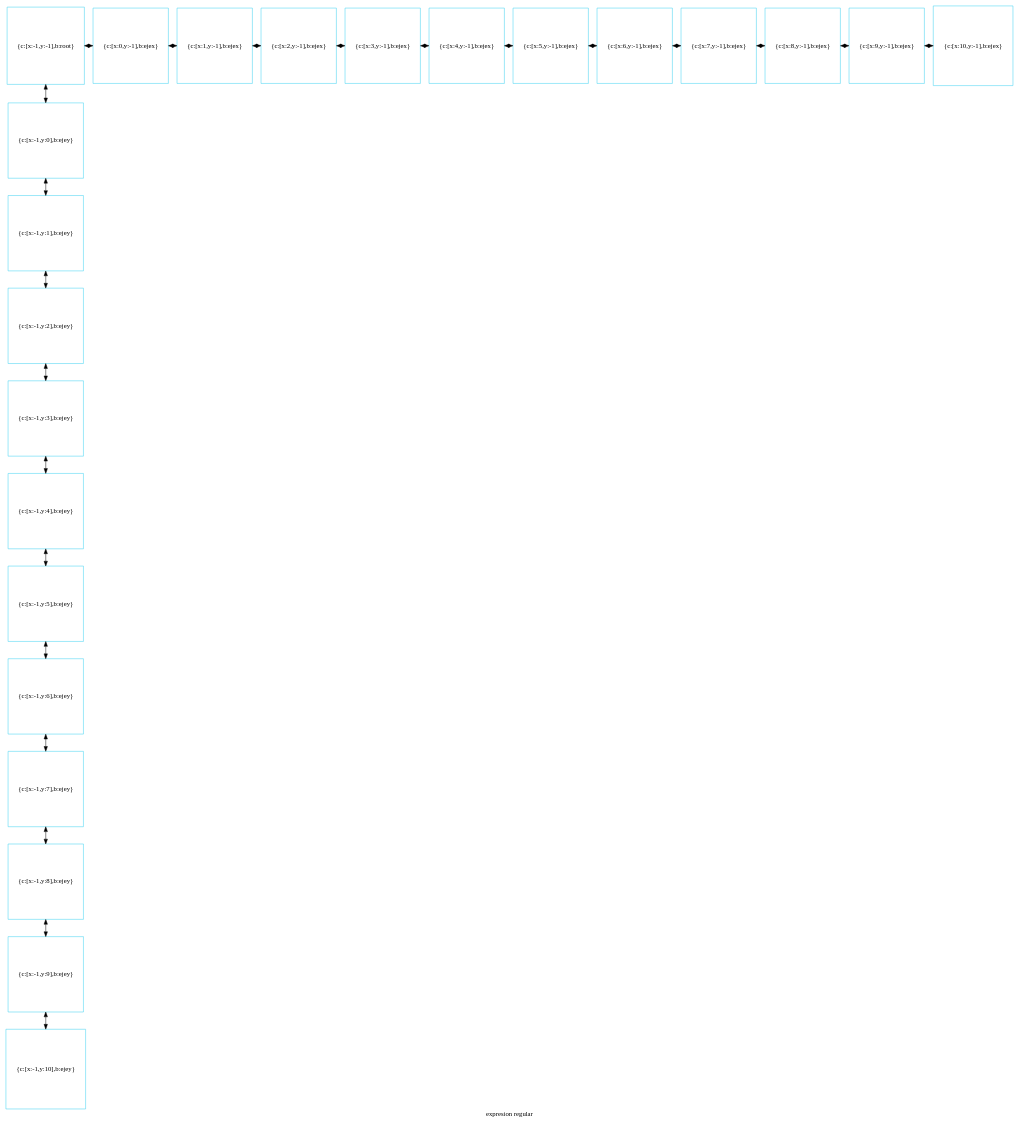
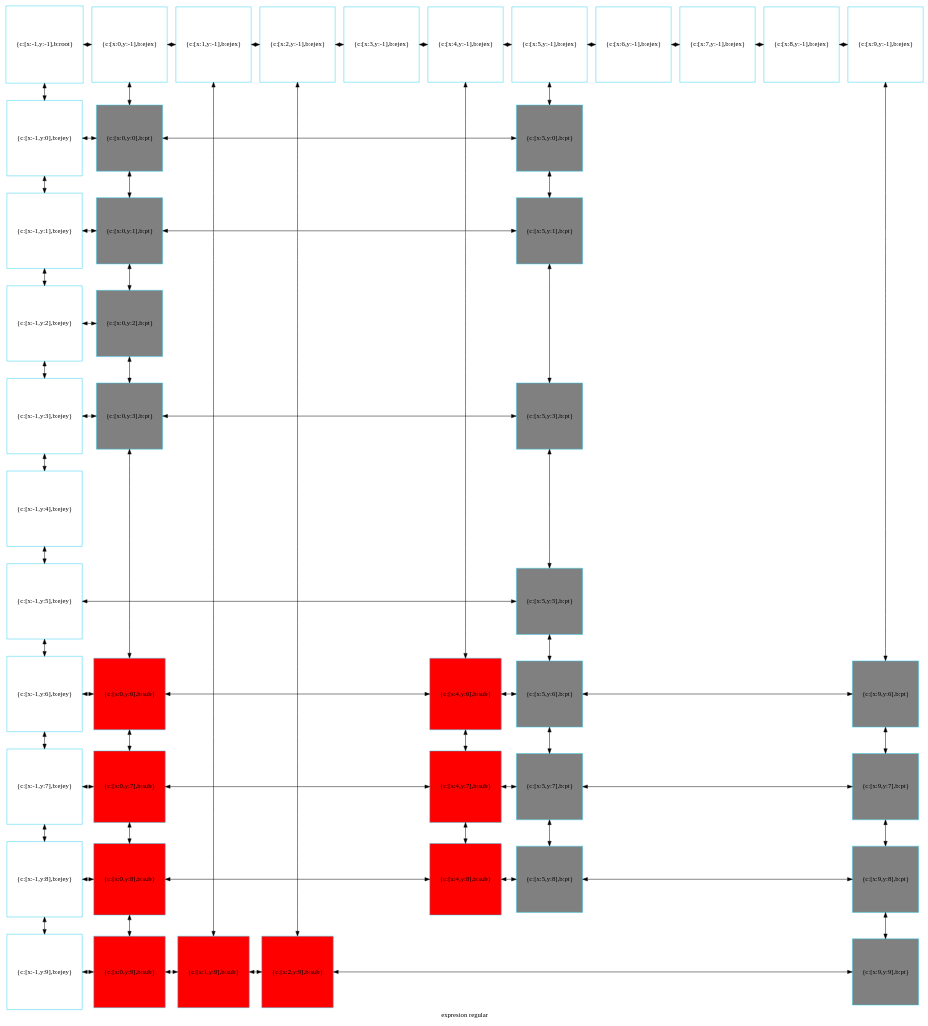
The diagram in mitablero.dot (betebetoven/EDDS2F2), drawn with Graphviz before and after one commit. The commit also changed 11 other files, not shown here.

```diff
--- a/mitablero.dot
+++ b/mitablero.dot
@@ -1,66 +1,133 @@
 digraph G
 {label="expresion regular"
         node[shape = square]
         node[style = filled]
         node[fillcolor = "#EEEEE"]
         node[color = "#EEEEE"]
         node[color = "#31CEF0"]
 
-781211134368[label="{c:[x:-1,y:-1],b:root}",fillcolor = "white"]
-781211134512[label="{c:[x:0,y:-1],b:ejex}",fillcolor = "white"]
-781211134656[label="{c:[x:1,y:-1],b:ejex}",fillcolor = "white"]
-781211134800[label="{c:[x:2,y:-1],b:ejex}",fillcolor = "white"]
-781211134944[label="{c:[x:3,y:-1],b:ejex}",fillcolor = "white"]
-781211135088[label="{c:[x:4,y:-1],b:ejex}",fillcolor = "white"]
-781211135232[label="{c:[x:5,y:-1],b:ejex}",fillcolor = "white"]
-781211135376[label="{c:[x:6,y:-1],b:ejex}",fillcolor = "white"]
-781211135520[label="{c:[x:7,y:-1],b:ejex}",fillcolor = "white"]
-781211135664[label="{c:[x:8,y:-1],b:ejex}",fillcolor = "white"]
-781211135808[label="{c:[x:9,y:-1],b:ejex}",fillcolor = "white"]
-781211135952[label="{c:[x:10,y:-1],b:ejex}",fillcolor = "white"]
-781211148448[label="{c:[x:-1,y:0],b:ejey}",fillcolor = "white"]
-781211148592[label="{c:[x:-1,y:1],b:ejey}",fillcolor = "white"]
-781211148736[label="{c:[x:-1,y:2],b:ejey}",fillcolor = "white"]
-781211148880[label="{c:[x:-1,y:3],b:ejey}",fillcolor = "white"]
-781211149024[label="{c:[x:-1,y:4],b:ejey}",fillcolor = "white"]
-781211149168[label="{c:[x:-1,y:5],b:ejey}",fillcolor = "white"]
-781211149312[label="{c:[x:-1,y:6],b:ejey}",fillcolor = "white"]
-781211149456[label="{c:[x:-1,y:7],b:ejey}",fillcolor = "white"]
-781211149600[label="{c:[x:-1,y:8],b:ejey}",fillcolor = "white"]
-781211149744[label="{c:[x:-1,y:9],b:ejey}",fillcolor = "white"]
-781211149888[label="{c:[x:-1,y:10],b:ejey}",fillcolor = "white"]
-781211134368->781211148448[dir = both];
-781211148448->781211148592[dir = both];
-781211148592->781211148736[dir = both];
-781211148736->781211148880[dir = both];
-781211148880->781211149024[dir = both];
-781211149024->781211149168[dir = both];
-781211149168->781211149312[dir = both];
-781211149312->781211149456[dir = both];
-781211149456->781211149600[dir = both];
-781211149600->781211149744[dir = both];
-781211149744->781211149888[dir = both];
-781211134368->781211134512[dir = both];
-781211134512->781211134656[dir = both];
-781211134656->781211134800[dir = both];
-781211134800->781211134944[dir = both];
-781211134944->781211135088[dir = both];
-781211135088->781211135232[dir = both];
-781211135232->781211135376[dir = both];
-781211135376->781211135520[dir = both];
-781211135520->781211135664[dir = both];
-781211135664->781211135808[dir = both];
-781211135808->781211135952[dir = both];
- {rank=same; 781211134368;781211134512;781211134656;781211134800;781211134944;781211135088;781211135232;781211135376;781211135520;781211135664;781211135808;781211135952;}
- {rank=same; 781211148448;}
- {rank=same; 781211148592;}
- {rank=same; 781211148736;}
- {rank=same; 781211148880;}
- {rank=same; 781211149024;}
- {rank=same; 781211149168;}
- {rank=same; 781211149312;}
- {rank=same; 781211149456;}
- {rank=same; 781211149600;}
- {rank=same; 781211149744;}
- {rank=same; 781211149888;}
+500380260576[label="{c:[x:-1,y:-1],b:root}",fillcolor = "white"]
+500380260720[label="{c:[x:0,y:-1],b:ejex}",fillcolor = "white"]
+500380260864[label="{c:[x:1,y:-1],b:ejex}",fillcolor = "white"]
+500380261008[label="{c:[x:2,y:-1],b:ejex}",fillcolor = "white"]
+500380261152[label="{c:[x:3,y:-1],b:ejex}",fillcolor = "white"]
+500380261296[label="{c:[x:4,y:-1],b:ejex}",fillcolor = "white"]
+500380261440[label="{c:[x:5,y:-1],b:ejex}",fillcolor = "white"]
+500380261584[label="{c:[x:6,y:-1],b:ejex}",fillcolor = "white"]
+500380261728[label="{c:[x:7,y:-1],b:ejex}",fillcolor = "white"]
+500380261872[label="{c:[x:8,y:-1],b:ejex}",fillcolor = "white"]
+500380262016[label="{c:[x:9,y:-1],b:ejex}",fillcolor = "white"]
+500380262160[label="{c:[x:-1,y:0],b:ejey}",fillcolor = "white"]
+500380270992[label="{c:[x:0,y:0],b:pt}",fillcolor = "gray"]
+500380272096[label="{c:[x:5,y:0],b:pt}",fillcolor = "gray"]
+500380262304[label="{c:[x:-1,y:1],b:ejey}",fillcolor = "white"]
+500380271232[label="{c:[x:0,y:1],b:pt}",fillcolor = "gray"]
+500380272336[label="{c:[x:5,y:1],b:pt}",fillcolor = "gray"]
+500380262512[label="{c:[x:-1,y:2],b:ejey}",fillcolor = "white"]
+500380271472[label="{c:[x:0,y:2],b:pt}",fillcolor = "gray"]
+500380262656[label="{c:[x:-1,y:3],b:ejey}",fillcolor = "white"]
+500380271712[label="{c:[x:0,y:3],b:pt}",fillcolor = "gray"]
+500380272816[label="{c:[x:5,y:3],b:pt}",fillcolor = "gray"]
+500380262800[label="{c:[x:-1,y:4],b:ejey}",fillcolor = "white"]
+500380262944[label="{c:[x:-1,y:5],b:ejey}",fillcolor = "white"]
+500380271952[label="{c:[x:5,y:5],b:pt}",fillcolor = "gray"]
+500380263088[label="{c:[x:-1,y:6],b:ejey}",fillcolor = "white"]
+500380283856[label="{c:[x:0,y:6],b:sub}",fillcolor = "red"]
+500380283136[label="{c:[x:4,y:6],b:sub}",fillcolor = "red"]
+500380273152[label="{c:[x:5,y:6],b:pt}",fillcolor = "gray"]
+500380270944[label="{c:[x:9,y:6],b:pt}",fillcolor = "gray"]
+500380263232[label="{c:[x:-1,y:7],b:ejey}",fillcolor = "white"]
+500380284048[label="{c:[x:0,y:7],b:sub}",fillcolor = "red"]
+500380283328[label="{c:[x:4,y:7],b:sub}",fillcolor = "red"]
+500380273392[label="{c:[x:5,y:7],b:pt}",fillcolor = "gray"]
+500380273968[label="{c:[x:9,y:7],b:pt}",fillcolor = "gray"]
+500380263376[label="{c:[x:-1,y:8],b:ejey}",fillcolor = "white"]
+500380284288[label="{c:[x:0,y:8],b:sub}",fillcolor = "red"]
+500380283568[label="{c:[x:4,y:8],b:sub}",fillcolor = "red"]
+500380273632[label="{c:[x:5,y:8],b:pt}",fillcolor = "gray"]
+500380274352[label="{c:[x:9,y:8],b:pt}",fillcolor = "gray"]
+500380263520[label="{c:[x:-1,y:9],b:ejey}",fillcolor = "white"]
+500380284768[label="{c:[x:0,y:9],b:sub}",fillcolor = "red"]
+500380284624[label="{c:[x:1,y:9],b:sub}",fillcolor = "red"]
+500380285008[label="{c:[x:2,y:9],b:sub}",fillcolor = "red"]
+500380274592[label="{c:[x:9,y:9],b:pt}",fillcolor = "gray"]
+500380260576->500380262160[dir = both];
+500380262160->500380262304[dir = both];
+500380262304->500380262512[dir = both];
+500380262512->500380262656[dir = both];
+500380262656->500380262800[dir = both];
+500380262800->500380262944[dir = both];
+500380262944->500380263088[dir = both];
+500380263088->500380263232[dir = both];
+500380263232->500380263376[dir = both];
+500380263376->500380263520[dir = both];
+500380260720->500380270992[dir = both];
+500380270992->500380271232[dir = both];
+500380271232->500380271472[dir = both];
+500380271472->500380271712[dir = both];
+500380271712->500380283856[dir = both];
+500380283856->500380284048[dir = both];
+500380284048->500380284288[dir = both];
+500380284288->500380284768[dir = both];
+500380260864->500380284624[dir = both];
+500380261008->500380285008[dir = both];
+500380261296->500380283136[dir = both];
+500380283136->500380283328[dir = both];
+500380283328->500380283568[dir = both];
+500380261440->500380272096[dir = both];
+500380272096->500380272336[dir = both];
+500380272336->500380272816[dir = both];
+500380272816->500380271952[dir = both];
+500380271952->500380273152[dir = both];
+500380273152->500380273392[dir = both];
+500380273392->500380273632[dir = both];
+500380262016->500380270944[dir = both];
+500380270944->500380273968[dir = both];
+500380273968->500380274352[dir = both];
+500380274352->500380274592[dir = both];
+500380260576->500380260720[dir = both];
+500380260720->500380260864[dir = both];
+500380260864->500380261008[dir = both];
+500380261008->500380261152[dir = both];
+500380261152->500380261296[dir = both];
+500380261296->500380261440[dir = both];
+500380261440->500380261584[dir = both];
+500380261584->500380261728[dir = both];
+500380261728->500380261872[dir = both];
+500380261872->500380262016[dir = both];
+500380262160->500380270992[constraint=false,dir = both];
+500380270992->500380272096[constraint=false,dir = both];
+500380262304->500380271232[constraint=false,dir = both];
+500380271232->500380272336[constraint=false,dir = both];
+500380262512->500380271472[constraint=false,dir = both];
+500380262656->500380271712[constraint=false,dir = both];
+500380271712->500380272816[constraint=false,dir = both];
+500380262944->500380271952[constraint=false,dir = both];
+500380263088->500380283856[constraint=false,dir = both];
+500380283856->500380283136[constraint=false,dir = both];
+500380283136->500380273152[constraint=false,dir = both];
+500380273152->500380270944[constraint=false,dir = both];
+500380263232->500380284048[constraint=false,dir = both];
+500380284048->500380283328[constraint=false,dir = both];
+500380283328->500380273392[constraint=false,dir = both];
+500380273392->500380273968[constraint=false,dir = both];
+500380263376->500380284288[constraint=false,dir = both];
+500380284288->500380283568[constraint=false,dir = both];
+500380283568->500380273632[constraint=false,dir = both];
+500380273632->500380274352[constraint=false,dir = both];
+500380263520->500380284768[constraint=false,dir = both];
+500380284768->500380284624[constraint=false,dir = both];
+500380284624->500380285008[constraint=false,dir = both];
+500380285008->500380274592[constraint=false,dir = both];
+ {rank=same; 500380260576;500380260720;500380260864;500380261008;500380261152;500380261296;500380261440;500380261584;500380261728;500380261872;500380262016;}
+ {rank=same; 500380262160;500380270992;500380272096;}
+ {rank=same; 500380262304;500380271232;500380272336;}
+ {rank=same; 500380262512;500380271472;}
+ {rank=same; 500380262656;500380271712;500380272816;}
+ {rank=same; 500380262800;}
+ {rank=same; 500380262944;500380271952;}
+ {rank=same; 500380263088;500380283856;500380283136;500380273152;500380270944;}
+ {rank=same; 500380263232;500380284048;500380283328;500380273392;500380273968;}
+ {rank=same; 500380263376;500380284288;500380283568;500380273632;500380274352;}
+ {rank=same; 500380263520;500380284768;500380284624;500380285008;500380274592;}
 }
```
